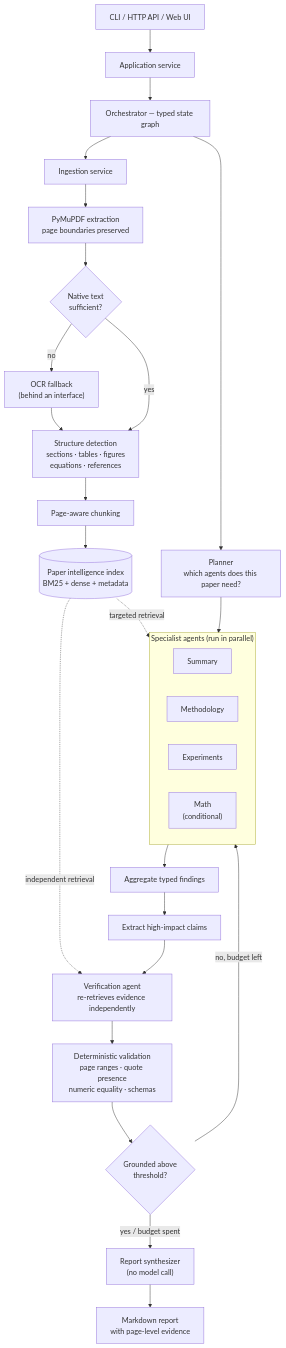
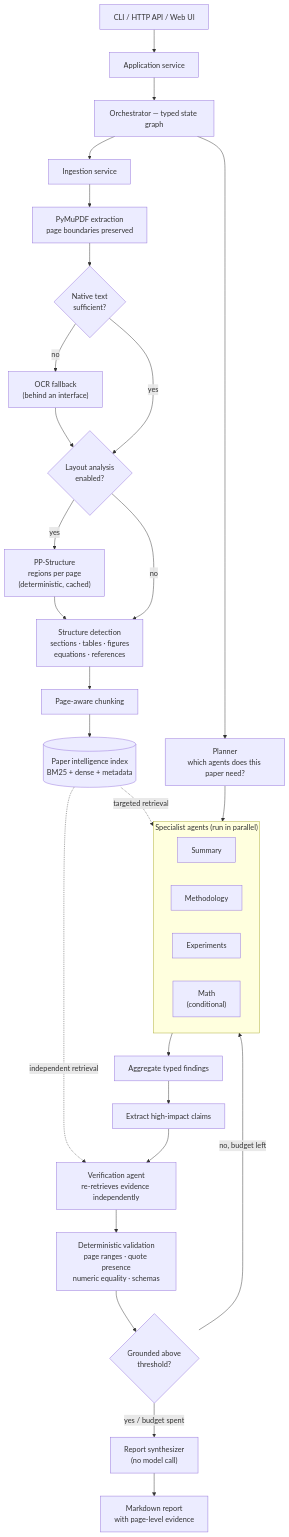
One commit to Numaa-droid/Research_Paper_Intelligence changed the first of 2 diagrams in README.md. Above: the diagram before and after it, drawn with Mermaid. The commit also changed other lines of this file and 78 other files, not shown here.

````diff
--- a/README.md
+++ b/README.md
@@ -39,37 +39,40 @@
 ```mermaid
 flowchart TD
     CLI["CLI / HTTP API / Web UI"] --> SVC["Application service"]
     SVC --> ORCH["Orchestrator — typed state graph"]
 
     ORCH --> ING["Ingestion service"]
     ING --> PARSE["PyMuPDF extraction<br/>page boundaries preserved"]
     PARSE --> OCR{"Native text<br/>sufficient?"}
     OCR -- "no" --> TESS["OCR fallback<br/>(behind an interface)"]
-    OCR -- "yes" --> ELEM
-    TESS --> ELEM["Structure detection<br/>sections · tables · figures<br/>equations · references"]
+    OCR -- "yes" --> LAY
+    TESS --> LAY{"Layout analysis<br/>enabled?"}
+    LAY -- "yes" --> PPS["PP-Structure<br/>regions per page<br/>(deterministic, cached)"]
+    LAY -- "no" --> ELEM
+    PPS --> ELEM["Structure detection<br/>sections · tables · figures<br/>equations · references"]
     ELEM --> CHUNK["Page-aware chunking"]
     CHUNK --> IDX[("Paper intelligence index<br/>BM25 + dense + metadata")]
 
     ORCH --> PLAN["Planner<br/>which agents does this paper need?"]
     PLAN --> AGENTS
 
     subgraph AGENTS ["Specialist agents (run in parallel)"]
         direction LR
         SUM["Summary"]
         MET["Methodology"]
         EXP["Experiments"]
         MATH["Math<br/>(conditional)"]
     end
 
     IDX -.->|"targeted retrieval"| AGENTS
     AGENTS --> AGG["Aggregate typed findings"]
     AGG --> CLAIMS["Extract high-impact claims"]
     CLAIMS --> VER["Verification agent<br/>re-retrieves evidence independently"]
     IDX -.->|"independent retrieval"| VER
 
     VER --> DET["Deterministic validation<br/>page ranges · quote presence<br/>numeric equality · schemas"]
     DET --> RETRY{"Grounded above<br/>threshold?"}
     RETRY -- "no, budget left" --> AGENTS
     RETRY -- "yes / budget spent" --> SYN["Report synthesizer<br/>(no model call)"]
     SYN --> REPORT["Markdown report<br/>with page-level evidence"]
 ```
````
